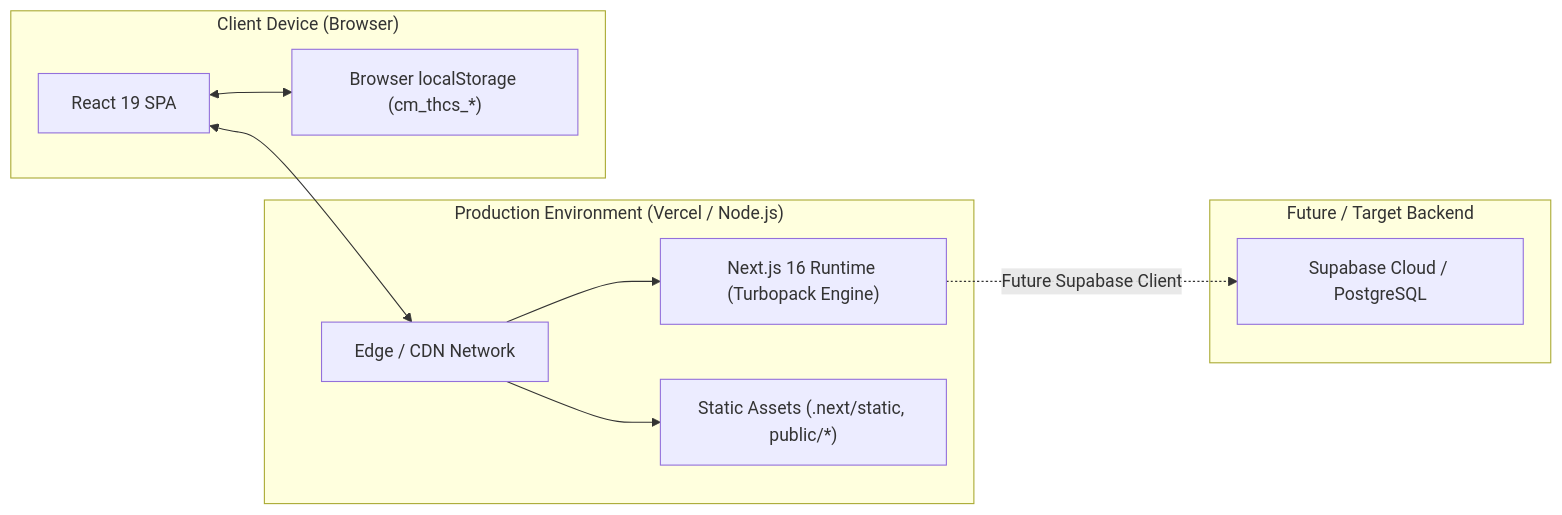
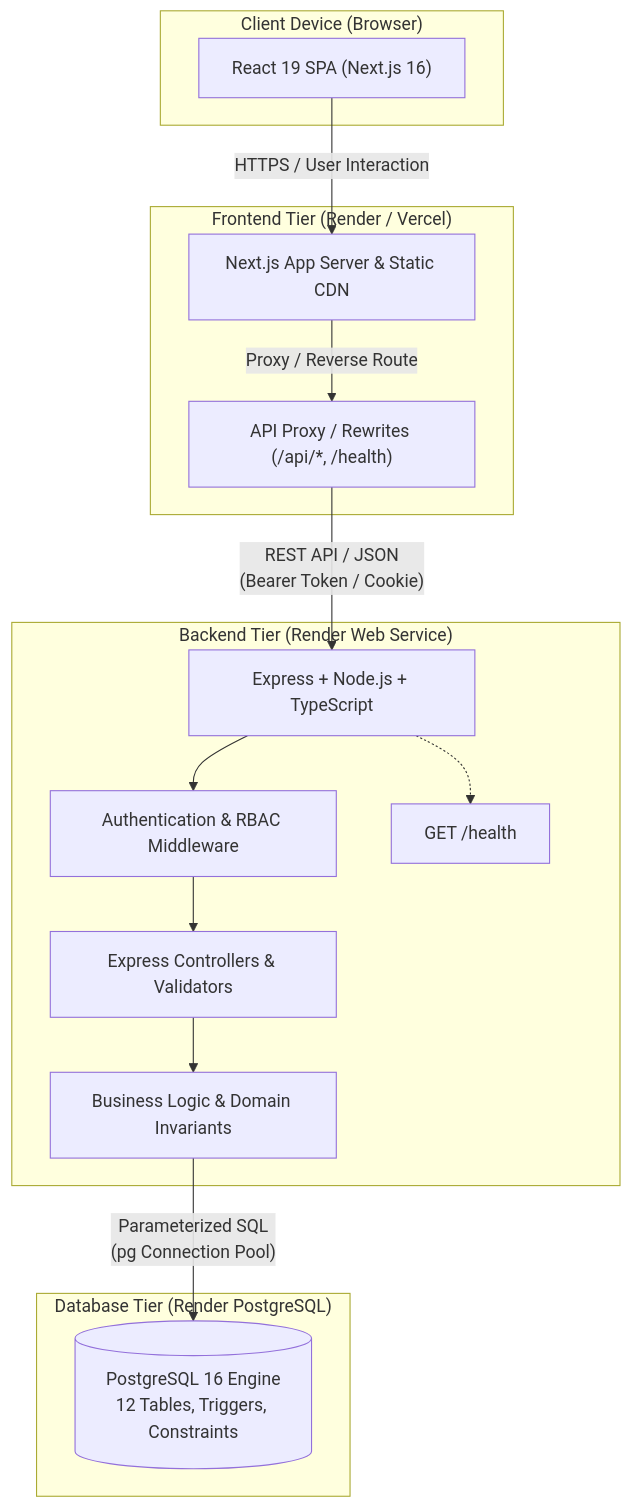
Before and after one commit to tranhohoangvu/class-manager: the diagram in docs/architecture/deployment-architecture.md, drawn with Mermaid. The commit also changed other lines of this file and 96 other files, not shown here.

Commit message:
feat: migrate backend from Supabase to Node.js + Express + PostgreSQL for Render deployment

````diff
--- a/docs/architecture/deployment-architecture.md
+++ b/docs/architecture/deployment-architecture.md
@@ -7,23 +10,32 @@
 ```mermaid
-graph LR
-    subgraph Hosting ["Production Environment (Vercel / Node.js)"]
-        Edge["Edge / CDN Network"]
-        Server["Next.js 16 Runtime (Turbopack Engine)"]
-        Static["Static Assets (.next/static, public/*)"]
+graph TD
+    subgraph Client ["Client Device (Browser)"]
+        BrowserApp["React 19 SPA (Next.js 16)"]
     end
 
-    subgraph Client ["Client Device (Browser)"]
-        BrowserApp["React 19 SPA"]
-        Storage["Browser localStorage (cm_thcs_*)"]
+    subgraph FrontendHosting ["Frontend Tier (Render / Vercel)"]
+        NextServer["Next.js App Server & Static CDN"]
+        NextConfig["API Proxy / Rewrites (/api/*, /health)"]
     end
 
-    subgraph Database ["Future / Target Backend"]
-        Supabase["Supabase Cloud / PostgreSQL"]
+    subgraph BackendHosting ["Backend Tier (Render Web Service)"]
+        ExpressApp["Express + Node.js + TypeScript"]
+        AuthMiddleware["Authentication & RBAC Middleware"]
+        Controllers["Express Controllers & Validators"]
+        Services["Business Logic & Domain Invariants"]
+        HealthEndpoint["GET /health"]
     end
 
-    BrowserApp <--> Edge
-    Edge --> Static
-    Edge --> Server
-    BrowserApp <--> Storage
-    Server -.->|"Future Supabase Client"| Supabase
+    subgraph DatabaseTier ["Database Tier (Render PostgreSQL)"]
+        PgDatabase[("PostgreSQL 16 Engine<br/>12 Tables, Triggers, Constraints")]
+    end
+
+    BrowserApp -->|"HTTPS / User Interaction"| NextServer
+    NextServer -->|"Proxy / Reverse Route"| NextConfig
+    NextConfig -->|"REST API / JSON<br/>(Bearer Token / Cookie)"| ExpressApp
+    ExpressApp --> AuthMiddleware
+    AuthMiddleware --> Controllers
+    Controllers --> Services
+    Services -->|"Parameterized SQL<br/>(pg Connection Pool)"| PgDatabase
+    ExpressApp -.-> HealthEndpoint
 ```
````
